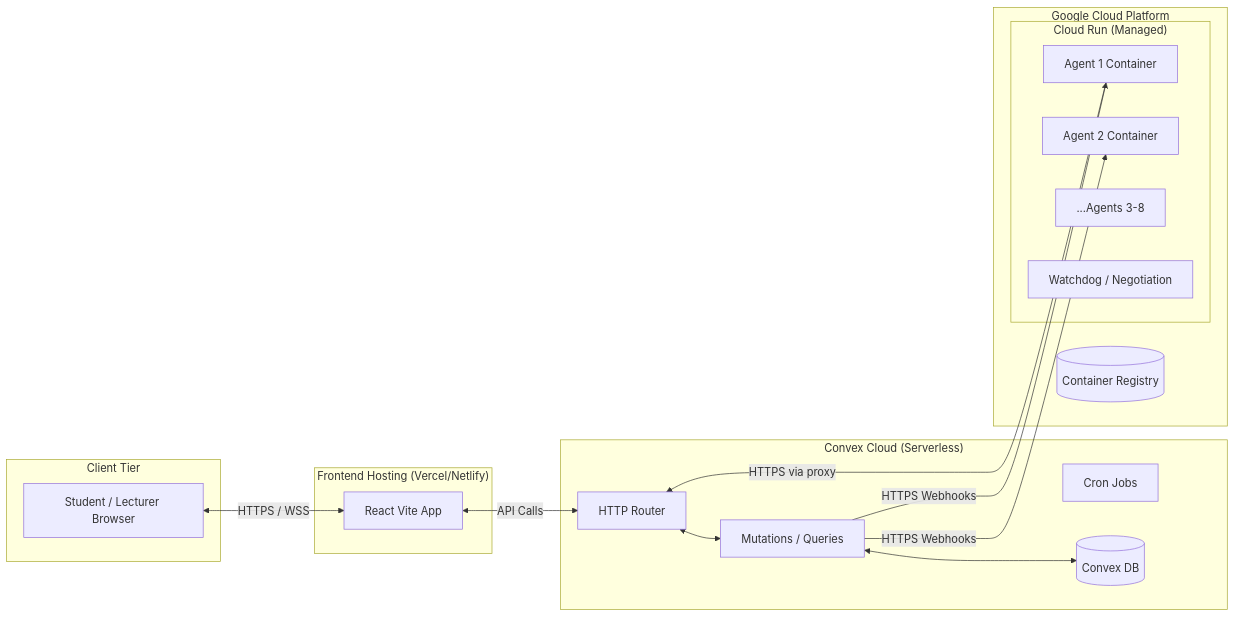
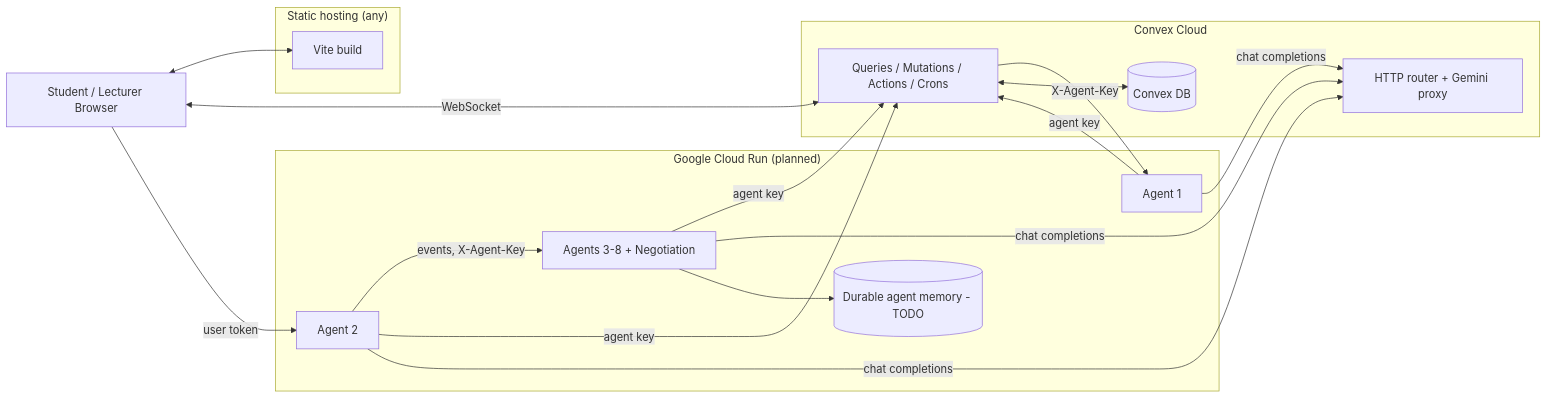
The diagram in docs/assets/diagrams/05_deployment.md (mohanreddythippireddy14-cell/CogAIt), drawn with Mermaid before and after one commit. The commit also changed other lines of this file and 13 other files, not shown here.

````diff
--- a/docs/assets/diagrams/05_deployment.md
+++ b/docs/assets/diagrams/05_deployment.md
@@ -3,37 +6,31 @@
 ```mermaid
 flowchart LR
-    subgraph "Client Tier"
-        Browser[Student / Lecturer Browser]
+    Browser[Student / Lecturer Browser]
+
+    subgraph Static["Static hosting (any)"]
+        React[Vite build]
     end
 
-    subgraph "Frontend Hosting (Vercel/Netlify)"
-        React[React Vite App]
-    end
-
-    subgraph "Convex Cloud (Serverless)"
-        Router[HTTP Router]
-        Mutations[Mutations / Queries]
-        Crons[Cron Jobs]
+    subgraph ConvexCloud["Convex Cloud"]
+        Router[HTTP router + Gemini proxy]
+        Functions[Queries / Mutations / Actions / Crons]
         Datastore[(Convex DB)]
     end
 
-    subgraph "Google Cloud Platform"
-        subgraph "Cloud Run (Managed)"
-            CR1[Agent 1 Container]
-            CR2[Agent 2 Container]
-            CRN[...Agents 3-8]
-            Watch[Watchdog / Negotiation]
-        end
-        GCR[(Container Registry)]
+    subgraph GCP["Google Cloud Run (planned)"]
+        A1[Agent 1]
+        A2[Agent 2]
+        AN[Agents 3-8 + Negotiation]
+        Store[(Durable agent memory - TODO)]
     end
 
-    Browser <-->|HTTPS / WSS| React
-    React <-->|API Calls| Router
-    Router <--> Mutations
-    Mutations <--> Datastore
-    
-    Mutations -->|HTTPS Webhooks| CR1
-    Mutations -->|HTTPS Webhooks| CR2
-    
-    CR1 -->|HTTPS via proxy| Router
+    Browser <--> React
+    Browser <-->|WebSocket| Functions
+    Browser -->|user token| A2
+    Functions -->|X-Agent-Key| A1
+    A2 -->|events, X-Agent-Key| AN
+    A1 & A2 & AN -->|agent key| Functions
+    A1 & A2 & AN -->|chat completions| Router
+    Functions <--> Datastore
+    AN --> Store
 ```
````
